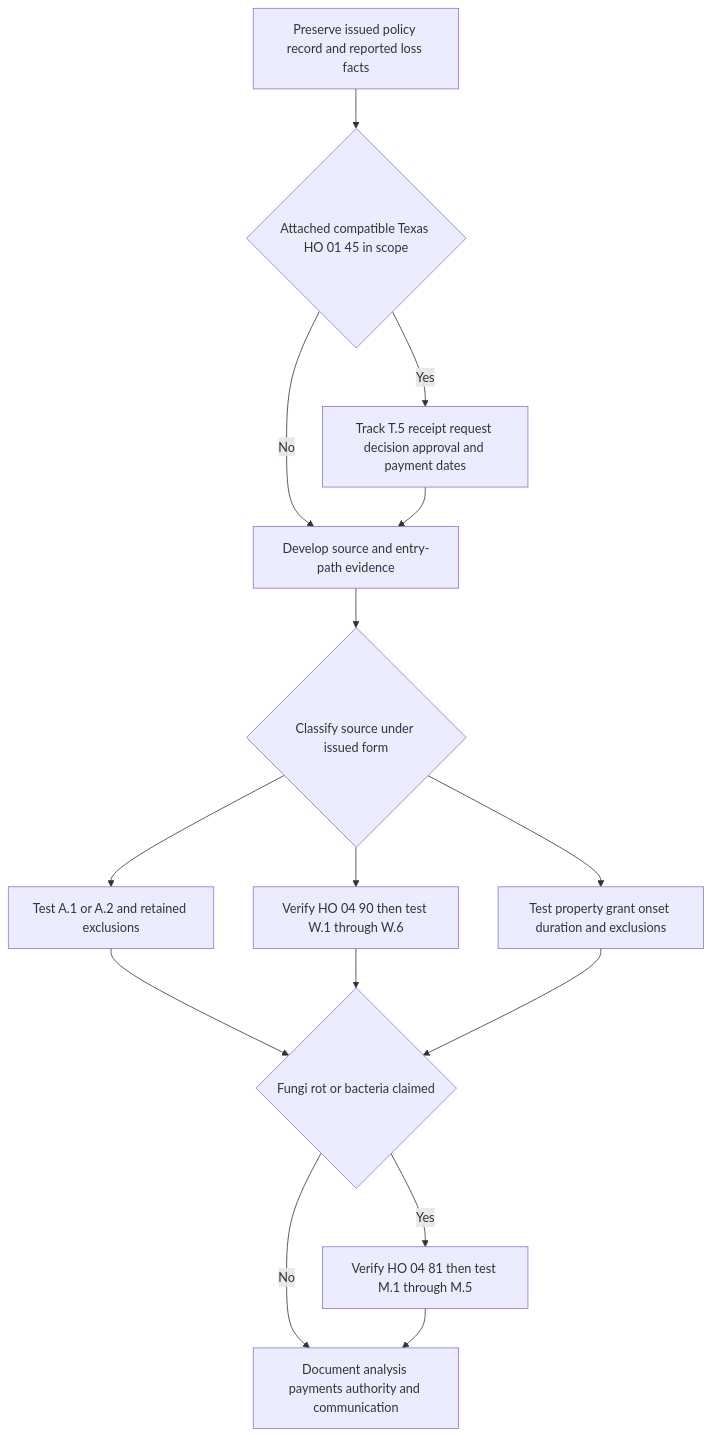
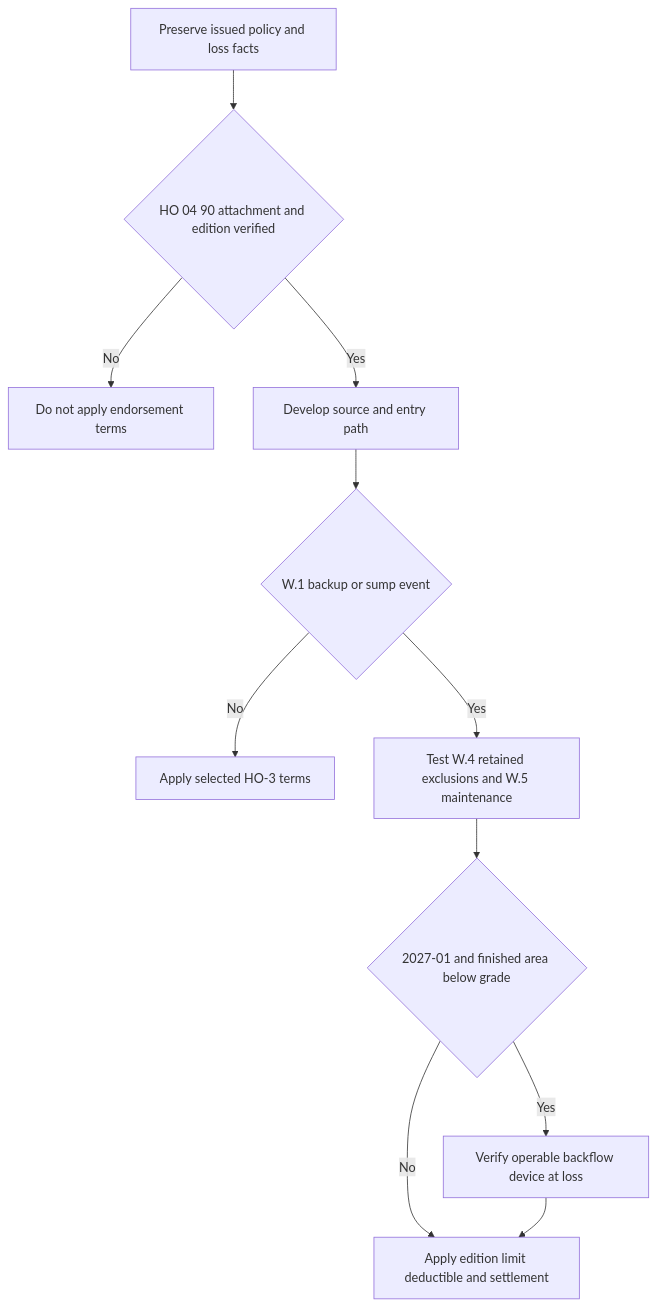
One commit to eugeneliu-86/openwiki-insurance-corpus changed the diagram in openwiki/operations/claims-water-loss-handling.md. Above: the diagram before and after it, drawn with Mermaid. The commit also changed other lines of this file and 25 other files, not shown here.

````diff
--- a/openwiki/operations/claims-water-loss-handling.md
+++ b/openwiki/operations/claims-water-loss-handling.md
@@ -49,17 +33,13 @@
 ```mermaid
 flowchart TD
-    Intake["Preserve issued policy record and reported loss facts"] --> Texas{"Attached compatible Texas HO 01 45 in scope"}
-    Texas -- "Yes" --> Timing["Track T.5 receipt request decision approval and payment dates"]
-    Texas -- "No" --> Source["Develop source and entry-path evidence"]
-    Timing --> Source
-    Source --> Classify{"Classify source under issued form"}
-    Classify --> Surface["Test A.1 or A.2 and retained exclusions"]
-    Classify --> Backup["Verify HO 04 90 then test W.1 through W.6"]
-    Classify --> Internal["Test property grant onset duration and exclusions"]
-    Surface --> Fungi{"Fungi rot or bacteria claimed"}
-    Backup --> Fungi
-    Internal --> Fungi
-    Fungi -- "Yes" --> Mold["Verify HO 04 81 then test M.1 through M.5"]
-    Fungi -- "No" --> Resolve["Document analysis payments authority and communication"]
-    Mold --> Resolve
+    Intake["Preserve issued policy and loss facts"] --> Attachment{"HO 04 90 attachment and edition verified"}
+    Attachment -- "No" --> Hold["Do not apply endorsement terms"]
+    Attachment -- "Yes" --> Source["Develop source and entry path"]
+    Source --> Event{"W.1 backup or sump event"}
+    Event -- "No" --> Base["Apply selected HO-3 terms"]
+    Event -- "Yes" --> Barriers["Test W.4 retained exclusions and W.5 maintenance"]
+    Barriers --> Grade{"2027-01 and finished area below grade"}
+    Grade -- "Yes" --> Device["Verify operable backflow device at loss"]
+    Grade -- "No" --> Terms["Apply edition limit deductible and settlement"]
+    Device --> Terms
 ```
````
